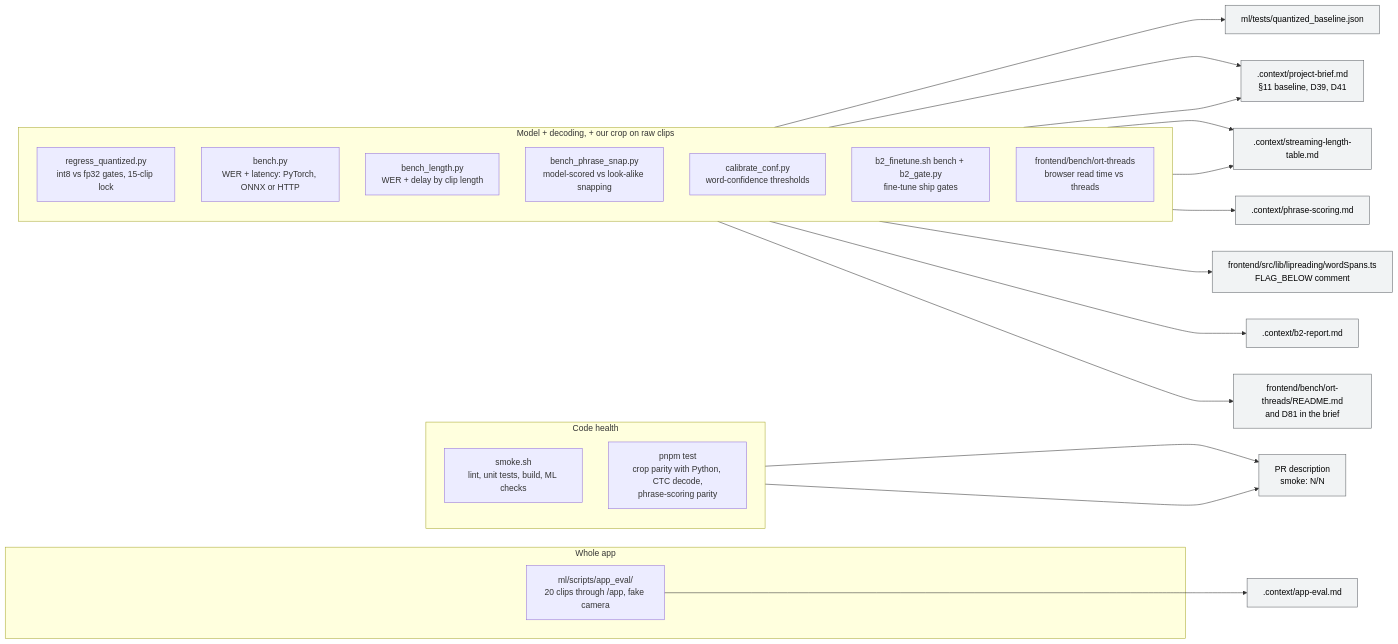
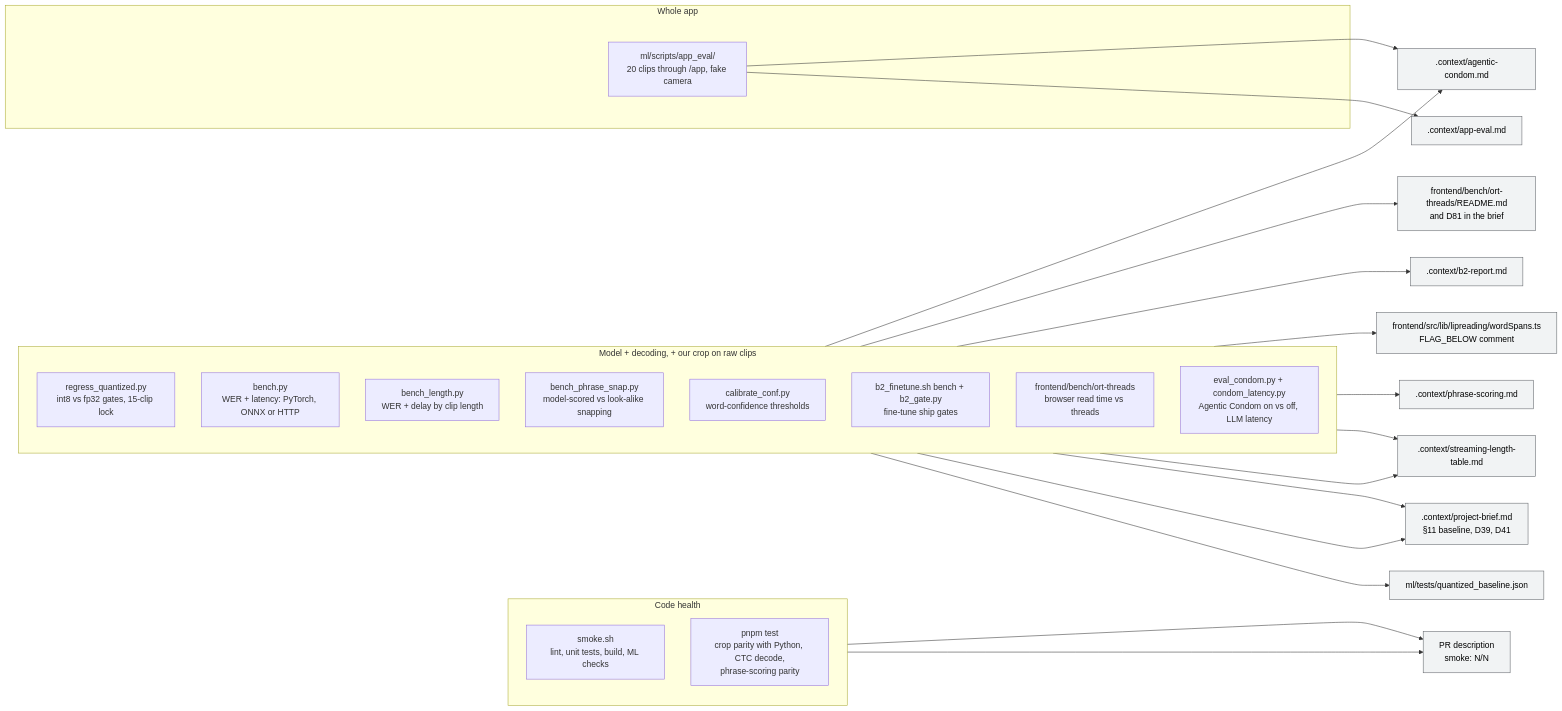
One commit to LMSAIH/stormhacks2026 changed the diagram in docs/architecture/eval.md. Above: the diagram before and after it, drawn with Mermaid. The commit also changed other lines of this file and 11 other files, not shown here.

First line of the commit message:
docs(condom): design doc, diagrams; feat(ml): stricter bracket knob, app-eval A/B harness

````diff
--- a/docs/architecture/eval.md
+++ b/docs/architecture/eval.md
@@ -8,47 +8,51 @@
 ```mermaid
 flowchart LR
   subgraph code["Code health"]
     direction TB
     smoke["smoke.sh<br/>lint, unit tests, build, ML checks"]
     vitest["pnpm test<br/>crop parity with Python, CTC decode,<br/>phrase-scoring parity"]
   end
   subgraph model["Model + decoding, + our crop on raw clips"]
     direction TB
     reg["regress_quantized.py<br/>int8 vs fp32 gates, 15-clip lock"]
     bench["bench.py<br/>WER + latency: PyTorch, ONNX or HTTP"]
     length["bench_length.py<br/>WER + delay by clip length"]
     snapb["bench_phrase_snap.py<br/>model-scored vs look-alike snapping"]
     cal["calibrate_conf.py<br/>word-confidence thresholds"]
     b2["b2_finetune.sh bench + b2_gate.py<br/>fine-tune ship gates"]
     threads["frontend/bench/ort-threads<br/>browser read time vs threads"]
+    condomev["eval_condom.py + condom_latency.py<br/>Agentic Condom on vs off, LLM latency"]
   end
   subgraph whole["Whole app"]
     appeval["ml/scripts/app_eval/<br/>20 clips through /app, fake camera"]
   end
 
   pr["PR description<br/>smoke: N/N"]
   lock["ml/tests/quantized_baseline.json"]
   brief[".context/project-brief.md<br/>§11 baseline, D39, D41"]
   thr["frontend/bench/ort-threads/README.md<br/>and D81 in the brief"]
   lentab[".context/streaming-length-table.md"]
   ps[".context/phrase-scoring.md"]
   ws["frontend/src/lib/lipreading/wordSpans.ts<br/>FLAG_BELOW comment"]
   ae[".context/app-eval.md"]
   b2r[".context/b2-report.md"]
+  acd[".context/agentic-condom.md"]
 
   smoke --> pr
   vitest --> pr
   reg --> lock
   reg --> brief
   bench --> brief
   bench --> lentab
   length --> lentab
   snapb --> ps
   cal --> ws
   b2 --> b2r
   threads --> thr
   appeval --> ae
+  condomev --> acd
+  appeval --> acd
 
   classDef numbers fill:#f1f3f4,stroke:#5f6368,color:#000
-  class pr,lock,brief,thr,lentab,ps,ws,ae,b2r numbers
+  class pr,lock,brief,thr,lentab,ps,ws,ae,b2r,acd numbers
 ```
````
